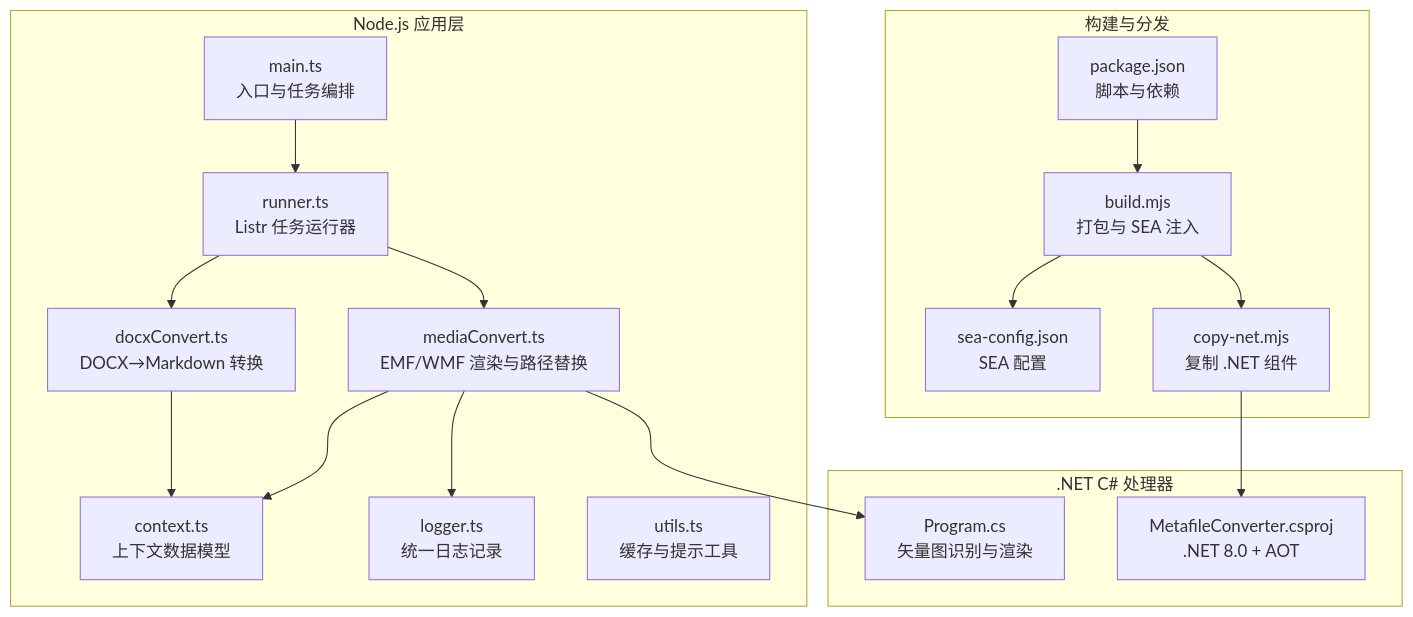
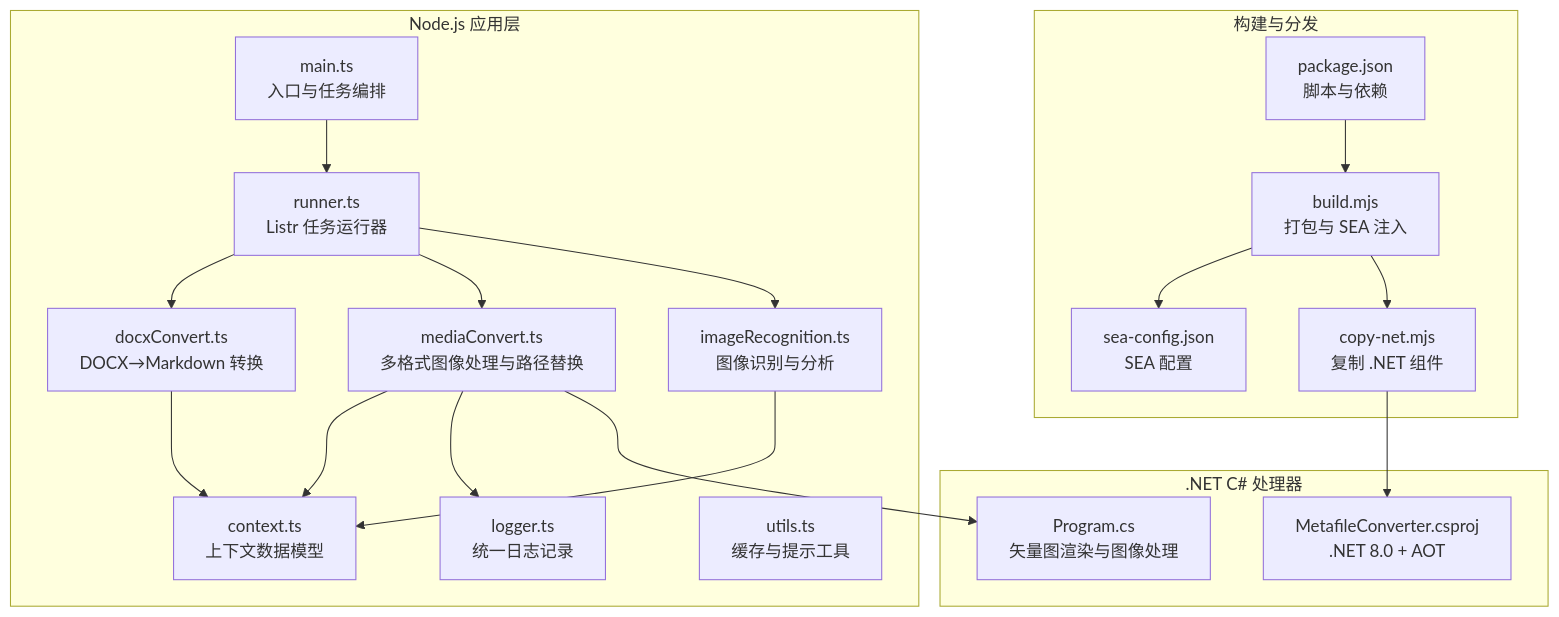
One commit to hllshiro/doc2md-cli changed the first of 7 diagrams in .qoder/repowiki/zh/content/矢量媒体处理.md. Above: the diagram before and after it, drawn with Mermaid. The commit also changed other lines of this file and 4 other files, not shown here.

First line of the commit message:
feat(media): 扩展多格式图像支持，增强文件处理能力

````diff
--- a/.qoder/repowiki/zh/content/矢量媒体处理.md
+++ b/.qoder/repowiki/zh/content/矢量媒体处理.md
@@ -44,33 +48,36 @@
 ```mermaid
 graph TB
 subgraph "Node.js 应用层"
 MAIN["main.ts<br/>入口与任务编排"]
 RUNNER["runner.ts<br/>Listr 任务运行器"]
 DOCX["docxConvert.ts<br/>DOCX→Markdown 转换"]
-MEDIA["mediaConvert.ts<br/>EMF/WMF 渲染与路径替换"]
+MEDIA["mediaConvert.ts<br/>多格式图像处理与路径替换"]
 LOGGER["logger.ts<br/>统一日志记录"]
 CTX["context.ts<br/>上下文数据模型"]
 UTILS["utils.ts<br/>缓存与提示工具"]
+IMAGEREC["imageRecognition.ts<br/>图像识别与分析"]
 end
 subgraph ".NET C# 处理器"
 CS_PROJ["MetafileConverter.csproj<br/>.NET 8.0 + AOT"]
-CS_MAIN["Program.cs<br/>矢量图识别与渲染"]
+CS_MAIN["Program.cs<br/>矢量图渲染与图像处理"]
 end
 subgraph "构建与分发"
 BUILD["build.mjs<br/>打包与 SEA 注入"]
 COPYNET["copy-net.mjs<br/>复制 .NET 组件"]
 PKG["package.json<br/>脚本与依赖"]
 SEA["sea-config.json<br/>SEA 配置"]
 end
 MAIN --> RUNNER
 RUNNER --> DOCX
 RUNNER --> MEDIA
+RUNNER --> IMAGEREC
 DOCX --> CTX
 MEDIA --> CTX
 MEDIA --> LOGGER
 MEDIA --> CS_MAIN
+IMAGEREC --> CTX
 BUILD --> SEA
 BUILD --> COPYNET
 COPYNET --> CS_PROJ
 PKG --> BUILD
 ```
````
